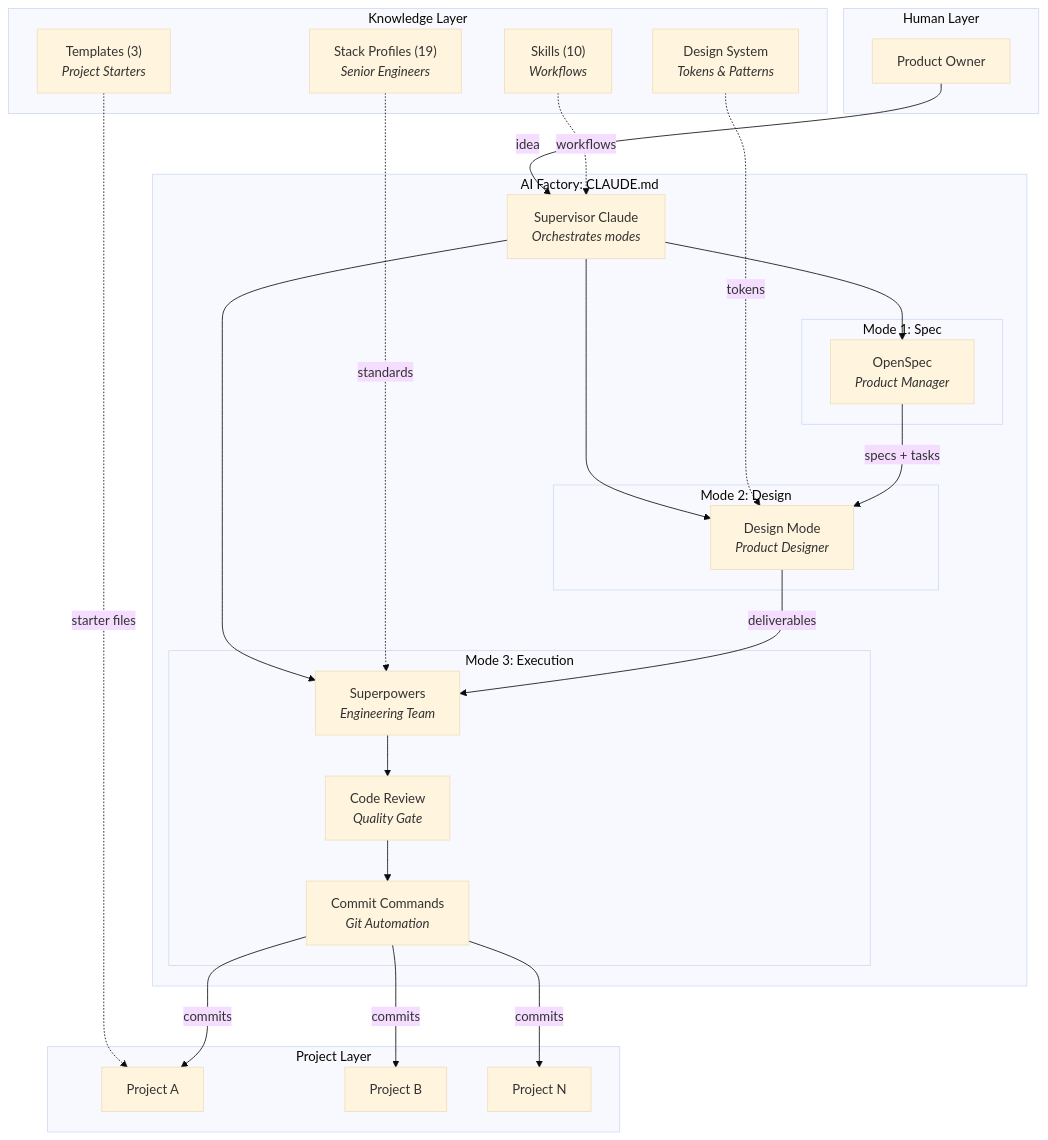
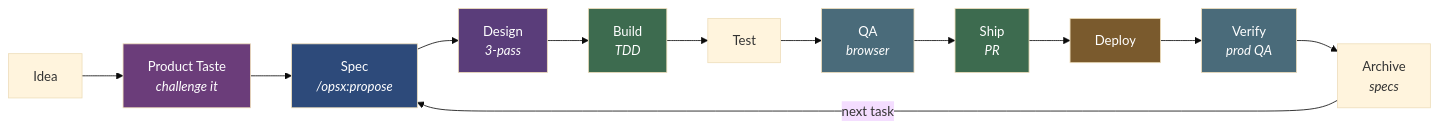
One commit to gregario/AI-Factory changed the first of 3 diagrams in README.md. Above: the diagram before and after it, drawn with Mermaid (base theme). The commit also changed other lines of this file and 22 other files, not shown here.

First line of the commit message:
feat: add 3-pass Design Mode, UI toolkit stack, and end-to-end pipeline

````diff
--- a/README.md
+++ b/README.md
@@ -19,55 +29,23 @@
 ```mermaid
-graph TB
-    subgraph "Human Layer"
-        PO["Product Owner"]
-    end
+graph LR
+    A["Idea"] --> B["Product Taste<br/><i>challenge it</i>"]
+    B --> C["Spec<br/><i>/opsx:propose</i>"]
+    C --> D["Design<br/><i>3-pass</i>"]
+    D --> E["Build<br/><i>TDD</i>"]
+    E --> F["Test"]
+    F --> G["QA<br/><i>browser</i>"]
+    G --> H["Ship<br/><i>PR</i>"]
+    H --> I["Deploy"]
+    I --> J["Verify<br/><i>prod QA</i>"]
+    J --> K["Archive<br/><i>specs</i>"]
+    K -->|"next task"| C
 
-    subgraph "AI Factory: CLAUDE.md"
-        SUP["Supervisor Claude<br/><i>Orchestrates modes</i>"]
-
-        subgraph "Mode 1: Spec"
-            OS["OpenSpec<br/><i>Product Manager</i>"]
-        end
-
-        subgraph "Mode 2: Design"
-            DM["Design Mode<br/><i>Product Designer</i>"]
-        end
-
-        subgraph "Mode 3: Execution"
-            SP["Superpowers<br/><i>Engineering Team</i>"]
-            CR["Code Review<br/><i>Quality Gate</i>"]
-            CC["Commit Commands<br/><i>Git Automation</i>"]
-        end
-    end
-
-    subgraph "Knowledge Layer"
-        ST["Stack Profiles (19)<br/><i>Senior Engineers</i>"]
-        SK["Skills (10)<br/><i>Workflows</i>"]
-        TM["Templates (3)<br/><i>Project Starters</i>"]
-        DS["Design System<br/><i>Tokens & Patterns</i>"]
-    end
-
-    subgraph "Project Layer"
-        P1["Project A"]
-        P2["Project B"]
-        P3["Project N"]
-    end
-
-    PO -->|"idea"| SUP
-    SUP --> OS
-    SUP --> DM
-    SUP --> SP
-    SP --> CR
-    CR --> CC
-
-    ST -.->|"standards"| SP
-    SK -.->|"workflows"| SUP
-    TM -.->|"starter files"| P1
-    DS -.->|"tokens"| DM
-
-    OS -->|"specs + tasks"| DM
-    DM -->|"deliverables"| SP
-    CC -->|"commits"| P1
-    CC -->|"commits"| P2
-    CC -->|"commits"| P3
+    style B fill:#6b3d7a,color:#fff
+    style C fill:#2d4a7a,color:#fff
+    style D fill:#5a3d7a,color:#fff
+    style E fill:#3d6b4f,color:#fff
+    style G fill:#4a6b7a,color:#fff
+    style H fill:#3d6b4f,color:#fff
+    style I fill:#7a5a2d,color:#fff
+    style J fill:#4a6b7a,color:#fff
 ```
````
